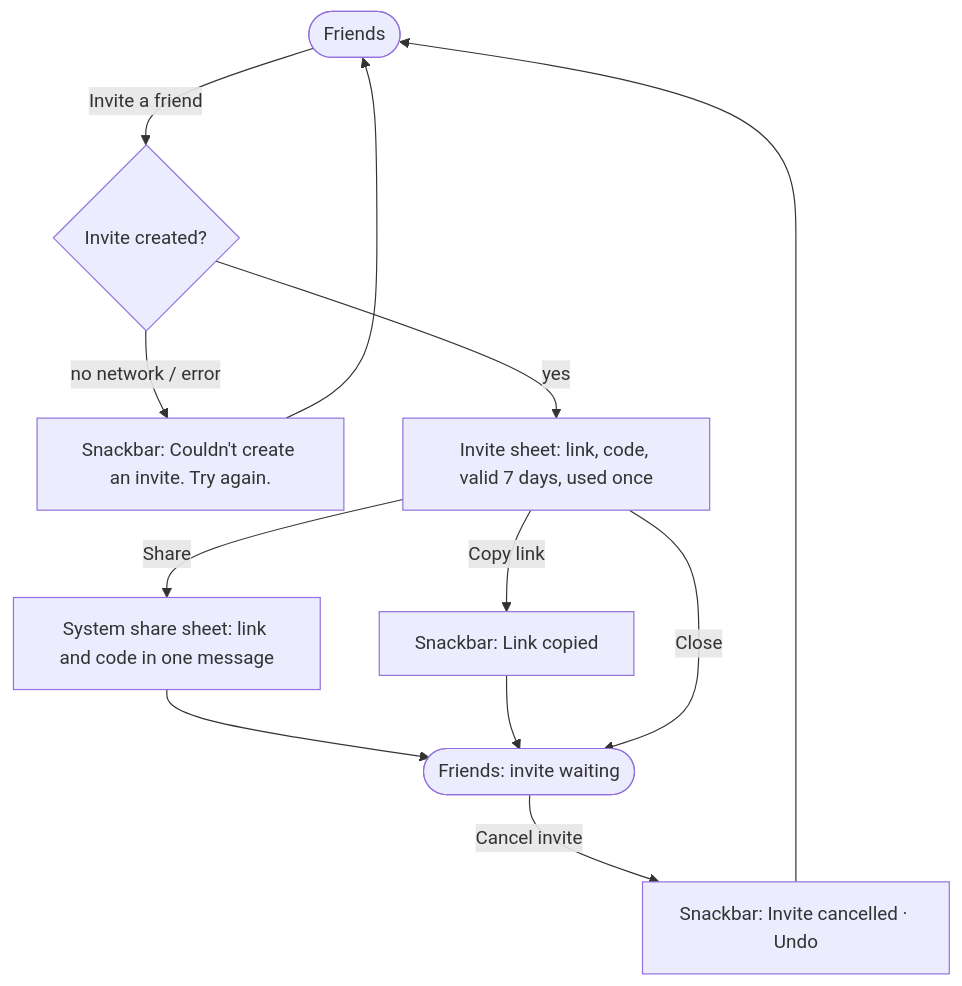
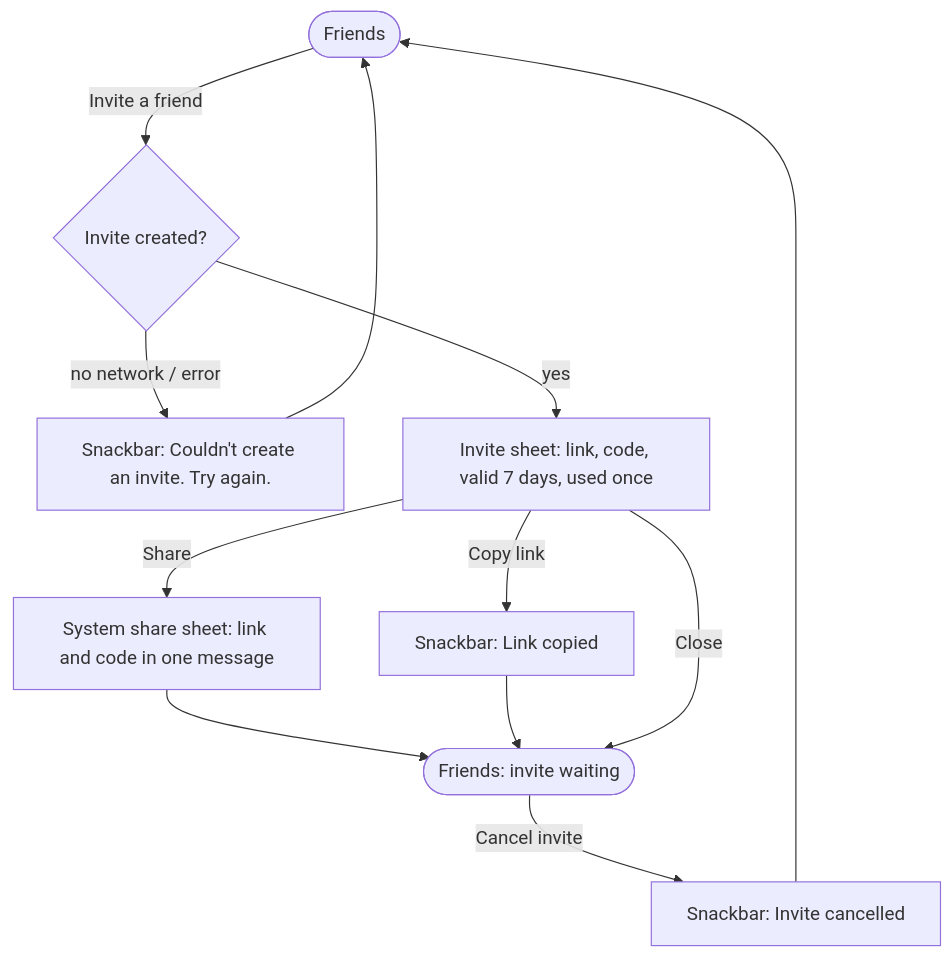
Before and after one commit to Schwub/shelf: the tenth of 14 diagrams in docs/design/flows.md, drawn with Mermaid. The commit also changed other lines of this file and 24 other files, not shown here.

````diff
--- a/docs/design/flows.md
+++ b/docs/design/flows.md
@@ -247,10 +247,10 @@
 ```mermaid
 flowchart TD
   friends([Friends]) -- Invite a friend --> create{Invite created?}
   create -- no network / error --> createErr[Snackbar: Couldn't create an invite. Try again.] --> friends
   create -- yes --> sheet[Invite sheet: link, code, valid 7 days, used once]
   sheet -- Share --> system[System share sheet: link and code in one message] --> waiting([Friends: invite waiting])
   sheet -- Copy link --> copied[Snackbar: Link copied] --> waiting
   sheet -- Close --> waiting
-  waiting -- Cancel invite --> cancelled[Snackbar: Invite cancelled · Undo] --> friends
+  waiting -- Cancel invite --> cancelled[Snackbar: Invite cancelled] --> friends
 ```
````
